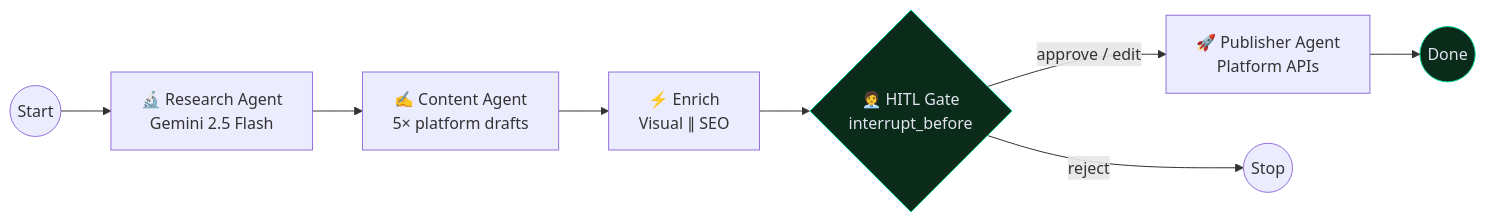
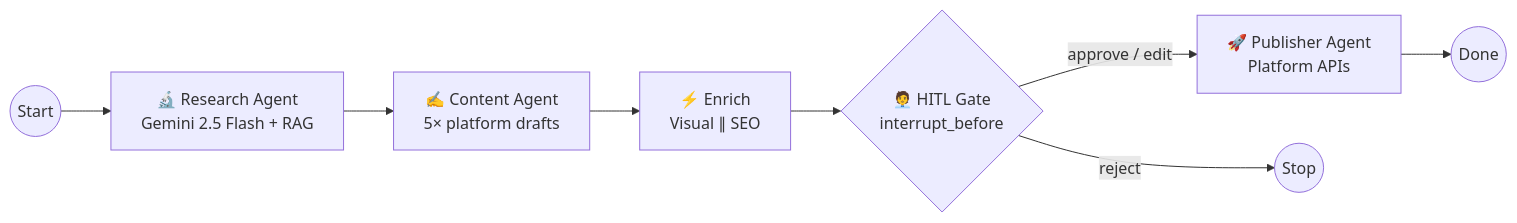
The second of 2 diagrams in README.md (vpeetla-ai/ai-content-factory), drawn with Mermaid before and after one commit. The commit also changed other lines of this file and 37 other files, not shown here.

````diff
--- a/README.md
+++ b/README.md
@@ -125,13 +170,10 @@
 ```mermaid
 flowchart LR
-    START((Start)) --> RESEARCH["🔬 Research Agent<br/>Gemini 2.5 Flash"]
+    START((Start)) --> RESEARCH["🔬 Research Agent<br/>Gemini 2.5 Flash + RAG"]
     RESEARCH --> CONTENT["✍️ Content Agent<br/>5× platform drafts"]
     CONTENT --> ENRICH["⚡ Enrich<br/>Visual ∥ SEO"]
     ENRICH --> HITL{"🧑‍💼 HITL Gate<br/>interrupt_before"}
     HITL -->|"approve / edit"| PUBLISH["🚀 Publisher Agent<br/>Platform APIs"]
     HITL -->|"reject"| END_ERR((Stop))
     PUBLISH --> DONE((Done))
-
-    style HITL fill:#0a2a1a,stroke:#00d68f,color:#e2e4f0
-    style DONE fill:#0a2a1a,stroke:#00d68f,color:#e2e4f0
 ```
````
